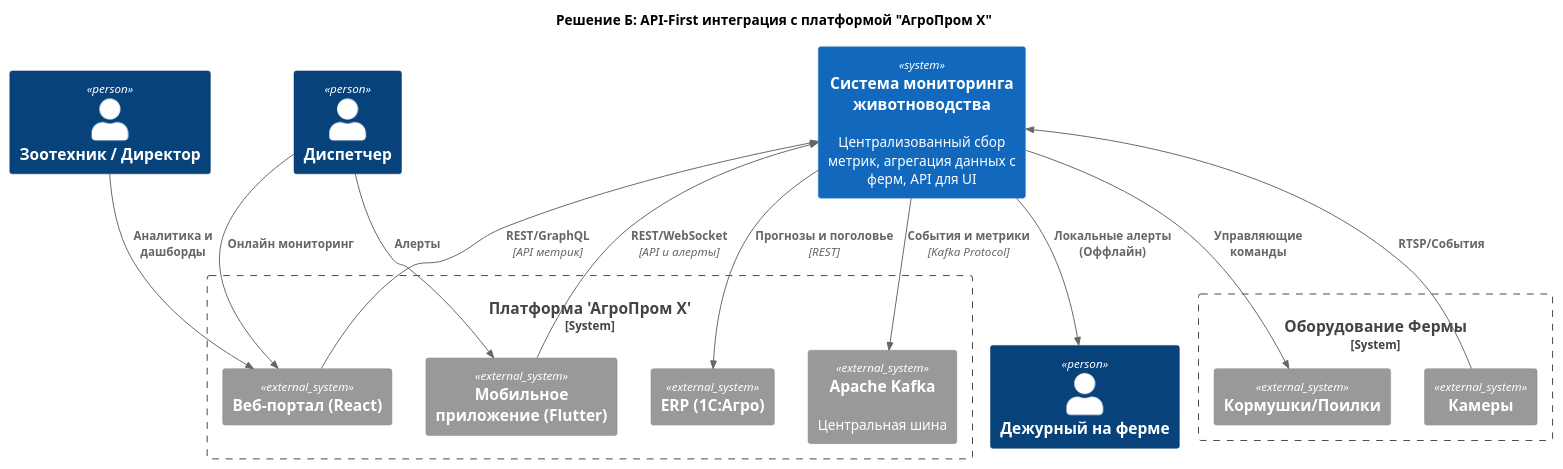
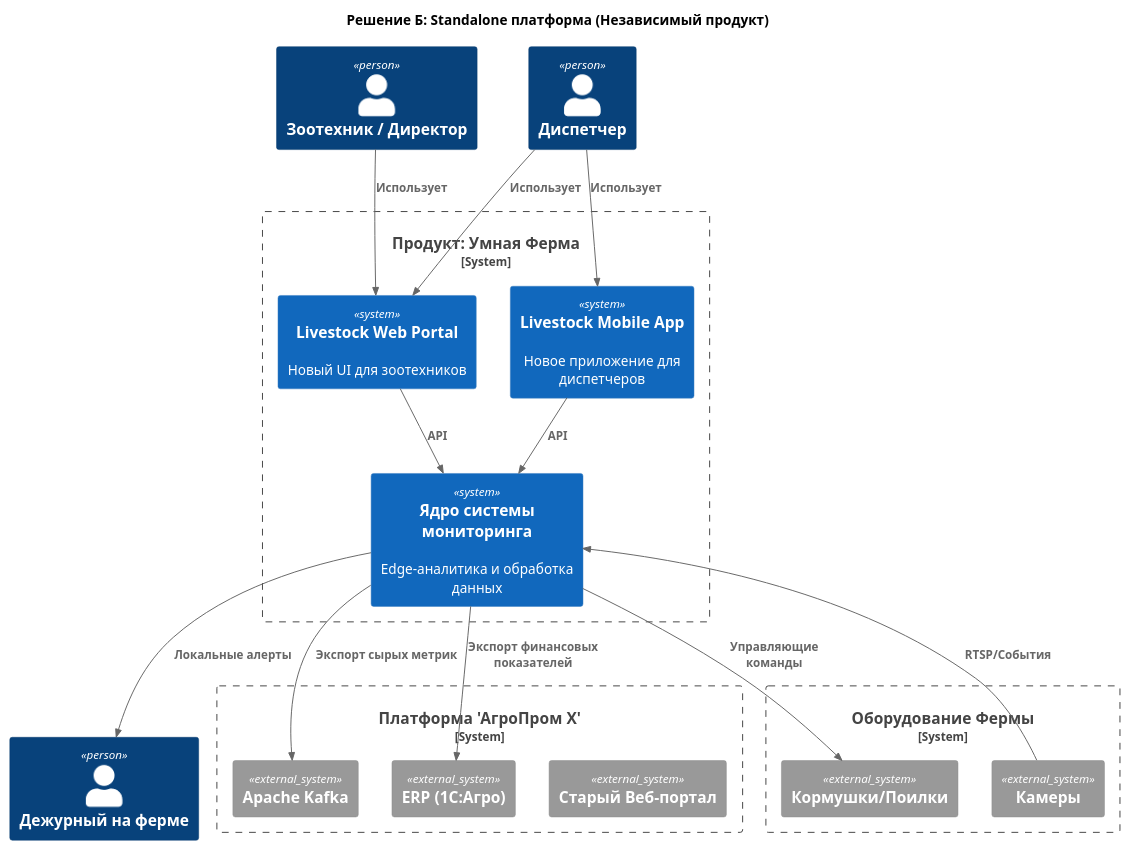
Before and after one commit to daelin44/MSA-AgroTech: the second of 2 diagrams in task1/ADR.md, drawn with PlantUML. The commit also changed other lines of this file, not shown here.

````diff
--- a/task1/ADR.md
+++ b/task1/ADR.md
@@ -89,37 +75,40 @@
 ```plantuml
 @startuml Архитектура_АгроТех_Решение_Б
-!include https://raw.githubusercontent.com/plantuml-stdlib/C4-PlantUML/master/C4_Context.puml
 
-title Решение Б: API-First интеграция с платформой "АгроПром Х"
+!include https://raw.githubusercontent.com/RicardoNiepel/C4-PlantUML/master/C4_Component.puml
+
+title Решение Б: Standalone платформа (Независимый продукт)
 
 Person(директор, "Зоотехник / Директор")
 Person(оператор, "Диспетчер")
 Person(дежурный, "Дежурный на ферме")
 
 System_Boundary(agro_platform, "Платформа 'АгроПром Х'") {
-    System_Ext(веб_портал, "Веб-портал (React)")
-    System_Ext(мобильное_приложение, "Мобильное приложение (Flutter)")
-    System_Ext(kafka, "Apache Kafka", "Центральная шина")
+    System_Ext(веб_портал_old, "Старый Веб-портал")
+    System_Ext(kafka, "Apache Kafka")
     System_Ext(erp, "ERP (1С:Агро)")
 }
 
-System(livestock_system, "Система мониторинга животноводства", "Централизованный сбор метрик, агрегация данных с ферм, API для UI")
+System_Boundary(new_product, "Продукт: Умная Ферма") {
+    System(livestock_portal, "Livestock Web Portal", "Новый UI для зоотехников")
+    System(livestock_mobile, "Livestock Mobile App", "Новое приложение для диспетчеров")
+    System(livestock_system, "Ядро системы мониторинга", "Edge-аналитика и обработка данных")
+}
 
 System_Boundary(farm, "Оборудование Фермы") {
     System_Ext(cameras, "Камеры")
     System_Ext(feeders, "Кормушки/Поилки")
 }
-
-Rel(директор, веб_портал, "Аналитика и дашборды")
-Rel(оператор, веб_портал, "Онлайн мониторинг")
-Rel(оператор, мобильное_приложение, "Алерты")
-Rel(веб_портал, livestock_system, "REST/GraphQL", "API метрик")
-Rel(мобильное_приложение, livestock_system, "REST/WebSocket", "API и алерты")
+Rel(директор, livestock_portal, "Использует")
+Rel(оператор, livestock_mobile, "Использует")
+Rel(оператор, livestock_portal, "Использует")
+Rel(livestock_portal, livestock_system, "API")
+Rel(livestock_mobile, livestock_system, "API")
 Rel(cameras, livestock_system, "RTSP/События")
 Rel(livestock_system, feeders, "Управляющие команды")
-Rel(livestock_system, дежурный, "Локальные алерты (Оффлайн)")
-Rel(livestock_system, kafka, "События и метрики", "Kafka Protocol")
-Rel(livestock_system, erp, "Прогнозы и поголовье", "REST")
+Rel(livestock_system, дежурный, "Локальные алерты")
+Rel(livestock_system, kafka, "Экспорт сырых метрик")
+Rel(livestock_system, erp, "Экспорт финансовых показателей")
+
 @enduml
-
 ```
````
